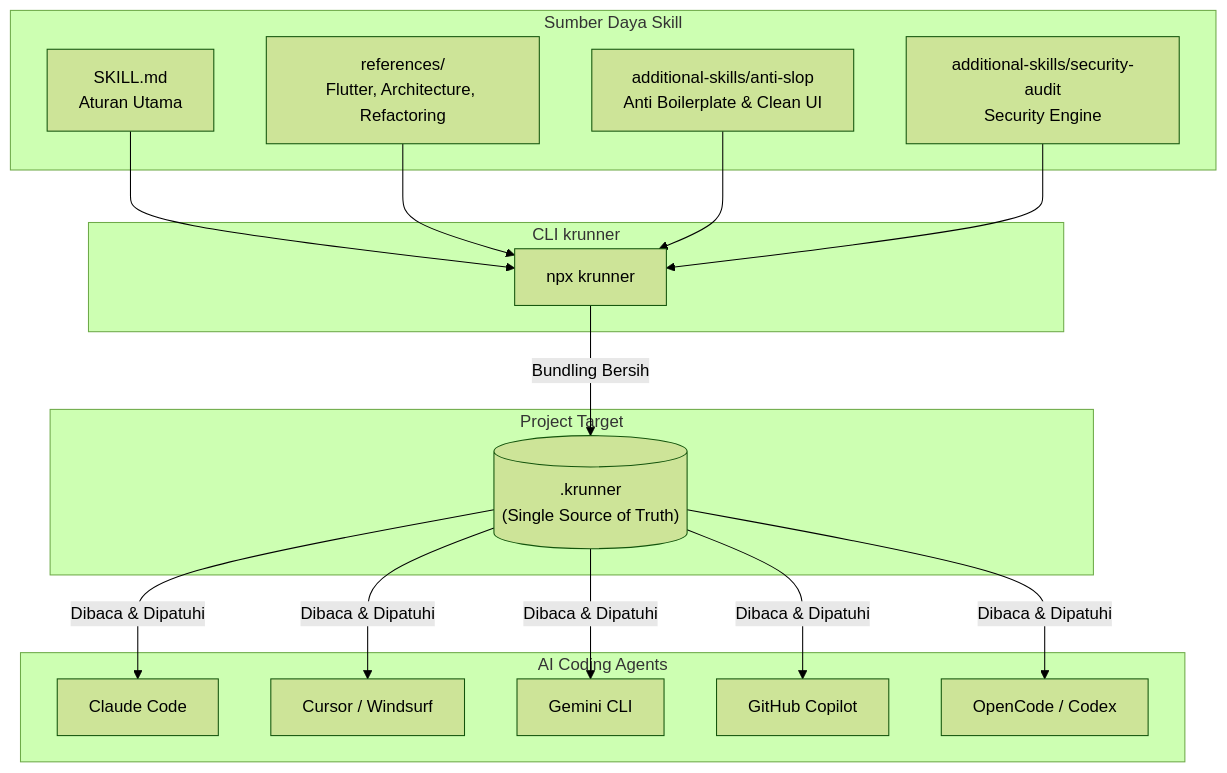
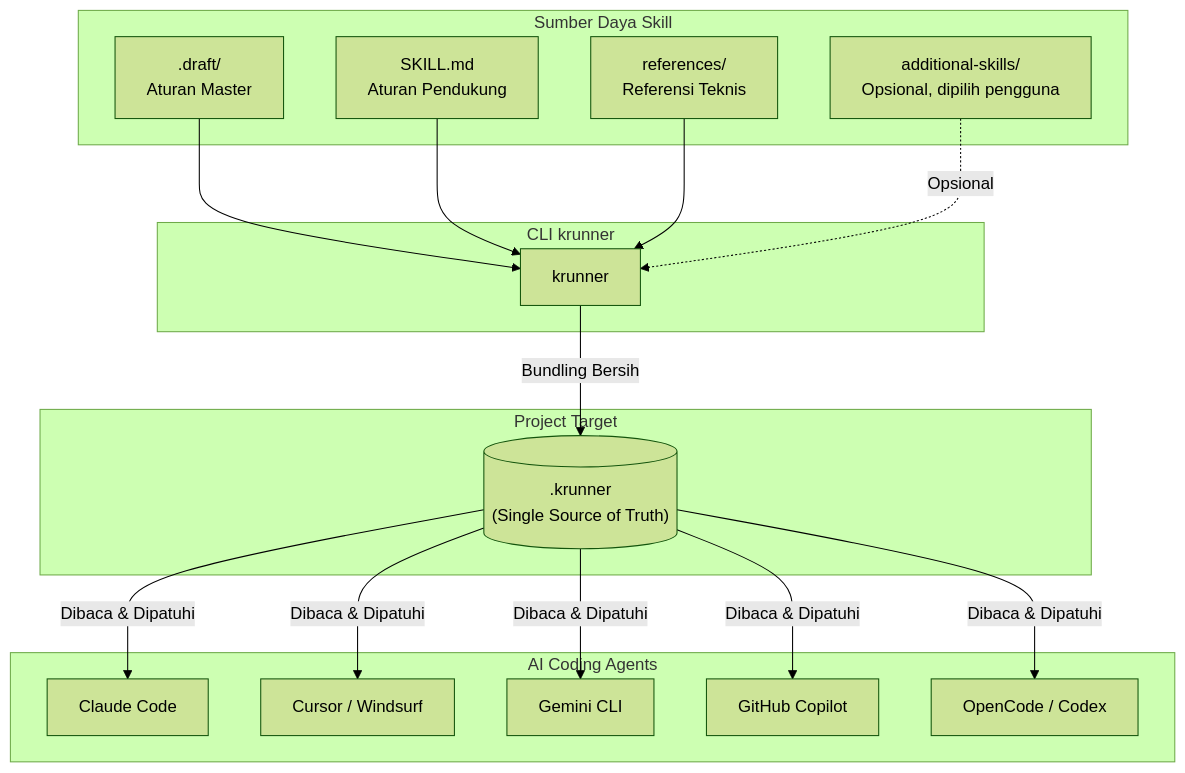
The first of 2 diagrams in README.md (TheRabdal/Universal-AI-Coding-Skill-For-Flutter), drawn with Mermaid (forest theme) before and after one commit. The commit also changed other lines of this file and 11 other files, not shown here.

````diff
--- a/README.md
+++ b/README.md
@@ -95,36 +79,36 @@
 ```mermaid
 flowchart TD
     subgraph Core[" Sumber Daya Skill "]
-        A[SKILL.md<br/>Aturan Utama]
-        B[references/<br/>Flutter, Architecture, Refactoring]
-        C[additional-skills/anti-slop<br/>Anti Boilerplate & Clean UI]
-        D[additional-skills/security-audit<br/>Security Engine]
+        A[.draft/<br/>Aturan Master]
+        B[SKILL.md<br/>Aturan Pendukung]
+        C[references/<br/>Referensi Teknis]
+        D[additional-skills/<br/>Opsional, dipilih pengguna]
     end
 
     subgraph CLI[" CLI krunner "]
-        E["npx krunner"]
+        E["krunner"]
     end
 
     subgraph Target[" Project Target "]
         F[(".krunner<br/>(Single Source of Truth)")]
     end
 
     subgraph Agents[" AI Coding Agents "]
         G1[Claude Code]
         G2[Cursor / Windsurf]
         G3[Gemini CLI]
         G4[GitHub Copilot]
         G5[OpenCode / Codex]
     end
 
     A --> E
     B --> E
     C --> E
-    D --> E
+    D -.->|Opsional| E
     E -->|Bundling Bersih| F
     F -->|Dibaca & Dipatuhi| G1
     F -->|Dibaca & Dipatuhi| G2
     F -->|Dibaca & Dipatuhi| G3
     F -->|Dibaca & Dipatuhi| G4
     F -->|Dibaca & Dipatuhi| G5
 ```
````
